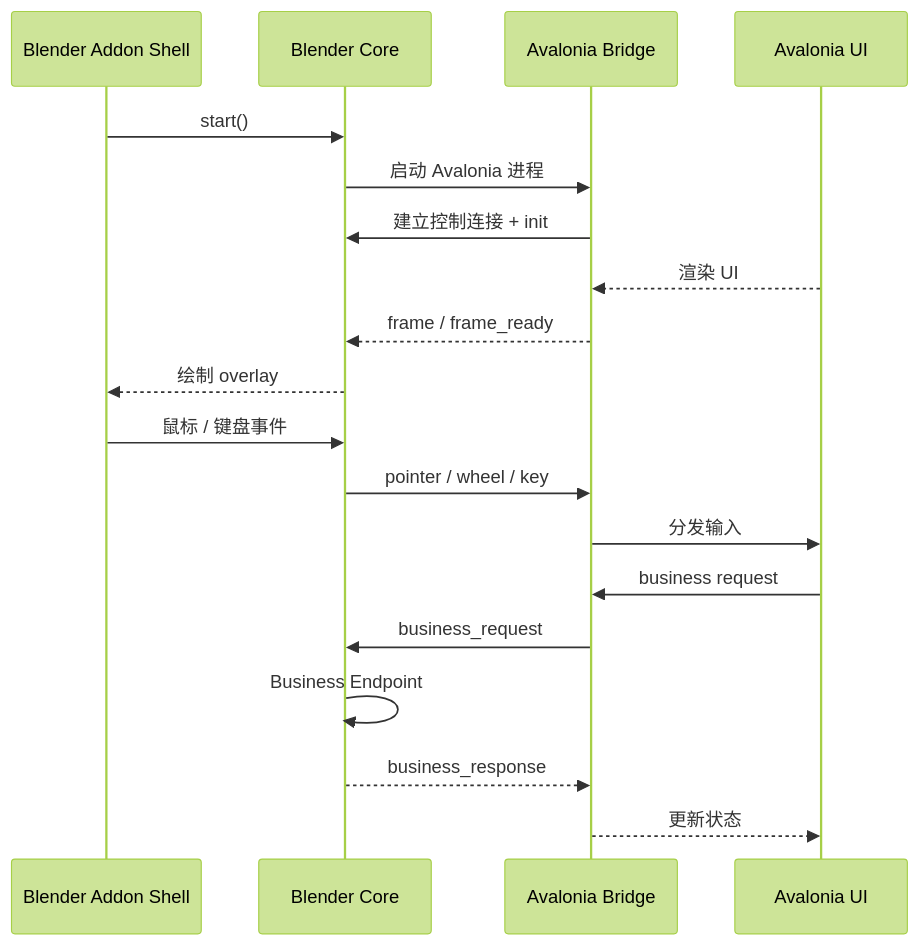
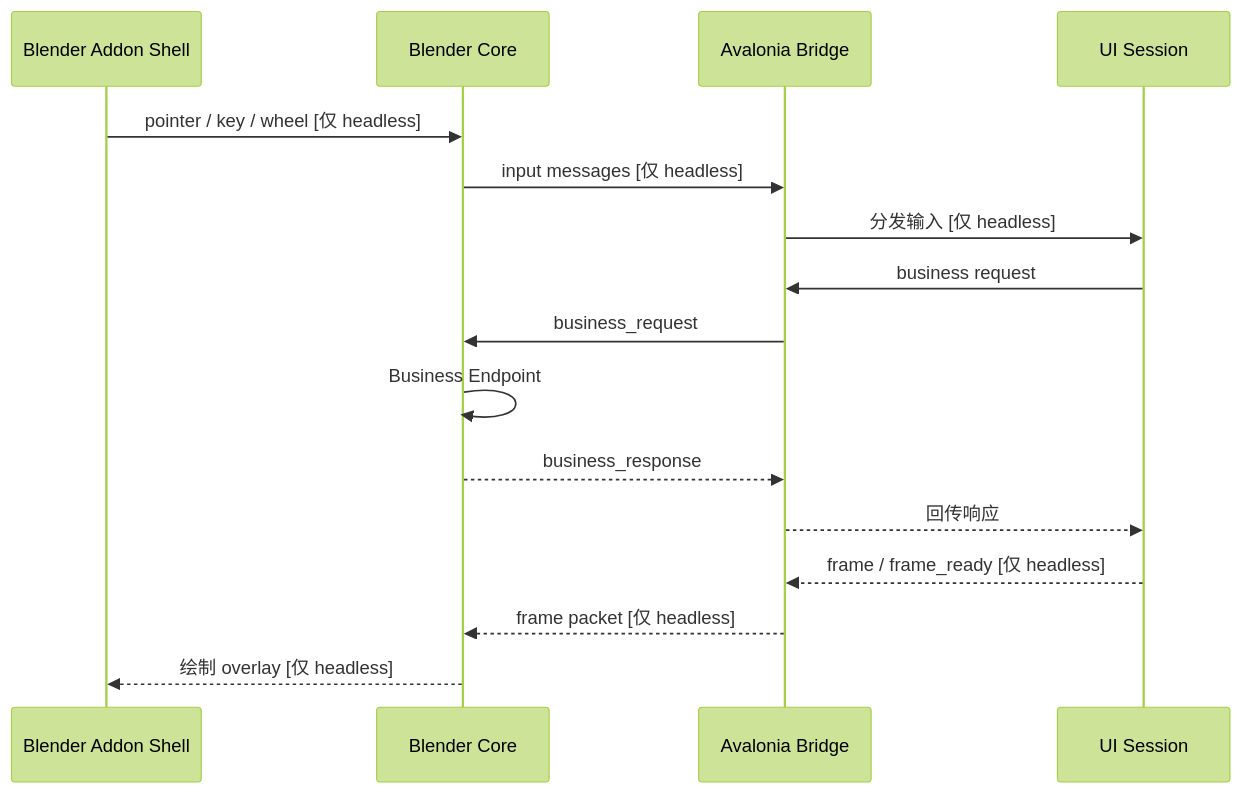
Before and after one commit to atticus-lv/BlenderAvaloniaBridge: the second of 2 diagrams in docs/zh-CN/advanced/architecture.md, drawn with Mermaid (forest theme). The commit also changed other lines of this file and 7 other files, not shown here.

````diff
--- a/docs/zh-CN/advanced/architecture.md
+++ b/docs/zh-CN/advanced/architecture.md
@@ -22,25 +30,21 @@
 ```mermaid
 sequenceDiagram
     participant Blender as Blender Addon Shell
     participant Core as Blender Core
     participant Bridge as Avalonia Bridge
-    participant UI as Avalonia UI
+    participant UI as UI Session
 
-    Blender->>Core: start()
-    Core->>Bridge: 启动 Avalonia 进程
-    Bridge->>Core: 建立控制连接 + init
-
-    UI-->>Bridge: 渲染 UI
-    Bridge-->>Core: frame / frame_ready
-    Core-->>Blender: 绘制 overlay
-
-    Blender->>Core: 鼠标 / 键盘事件
-    Core->>Bridge: pointer / wheel / key
-    Bridge->>UI: 分发输入
+    Blender->>Core: pointer / key / wheel [仅 headless]
+    Core->>Bridge: input messages [仅 headless]
+    Bridge->>UI: 分发输入 [仅 headless]
 
     UI->>Bridge: business request
     Bridge->>Core: business_request
     Core->>Core: Business Endpoint
     Core-->>Bridge: business_response
-    Bridge-->>UI: 更新状态
+    Bridge-->>UI: 回传响应
+
+    UI-->>Bridge: frame / frame_ready [仅 headless]
+    Bridge-->>Core: frame packet [仅 headless]
+    Core-->>Blender: 绘制 overlay [仅 headless]
 ```
````
